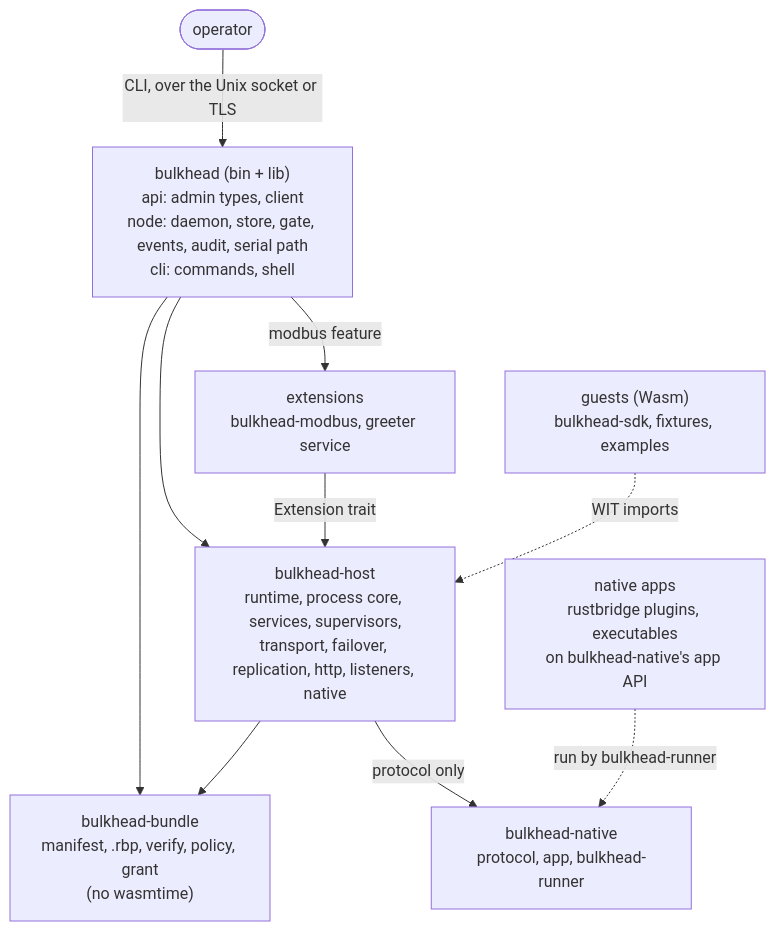
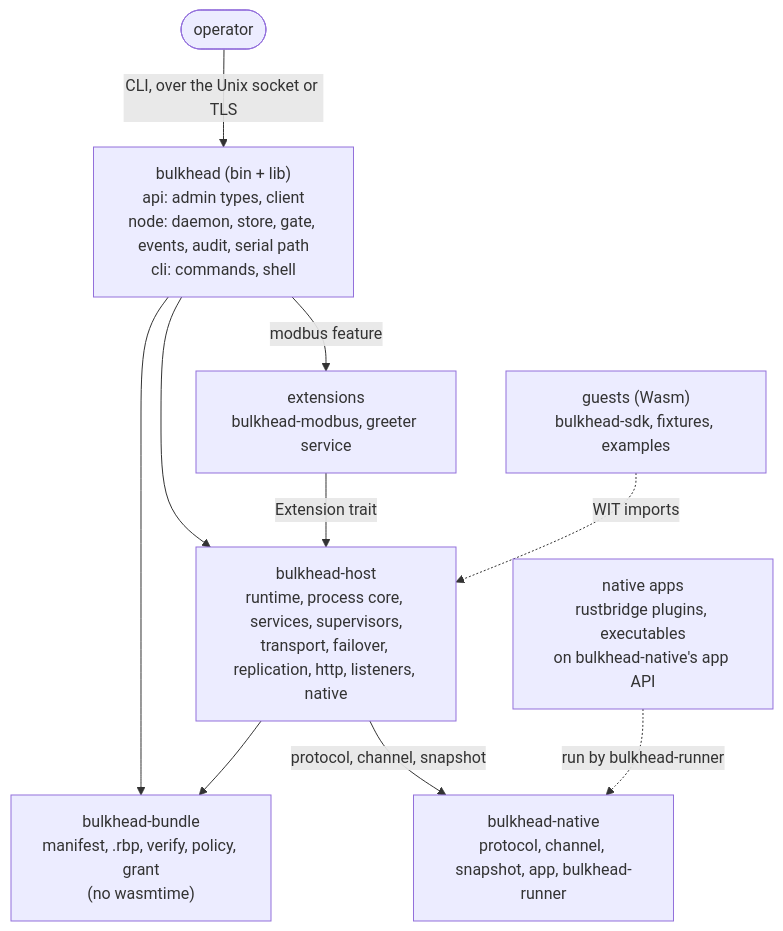
One commit to jrobhoward/paddock changed the first of 6 diagrams in docs/ARCHITECTURE.md. Above: the diagram before and after it, drawn with Mermaid. The commit also changed other lines of this file and 4 other files, not shown here.

````diff
--- a/docs/ARCHITECTURE.md
+++ b/docs/ARCHITECTURE.md
@@ -9,19 +9,19 @@
 ```mermaid
 flowchart TD
     operator(["operator"]) -->|"CLI, over the Unix socket or TLS"| bulkhead
     bulkhead["bulkhead (bin + lib)<br/>api: admin types, client<br/>node: daemon, store, gate, events, audit, serial path<br/>cli: commands, shell"]
     host["bulkhead-host<br/>runtime, process core, services, supervisors,<br/>transport, failover, replication, http, listeners, native"]
     bundle["bulkhead-bundle<br/>manifest, .rbp, verify, policy, grant<br/>(no wasmtime)"]
-    native["bulkhead-native<br/>protocol, app, bulkhead-runner"]
+    native["bulkhead-native<br/>protocol, channel, snapshot, app, bulkhead-runner"]
     ext["extensions<br/>bulkhead-modbus, greeter service"]
     guests["guests (Wasm)<br/>bulkhead-sdk, fixtures, examples"]
     napps["native apps<br/>rustbridge plugins, executables<br/>on bulkhead-native's app API"]
     bulkhead --> host
     bulkhead --> bundle
     bulkhead -->|"modbus feature"| ext
     host --> bundle
-    host -->|"protocol only"| native
+    host -->|"protocol, channel, snapshot"| native
     ext -->|"Extension trait"| host
     guests -.->|"WIT imports"| host
     napps -.->|"run by bulkhead-runner"| native
 ```
````
